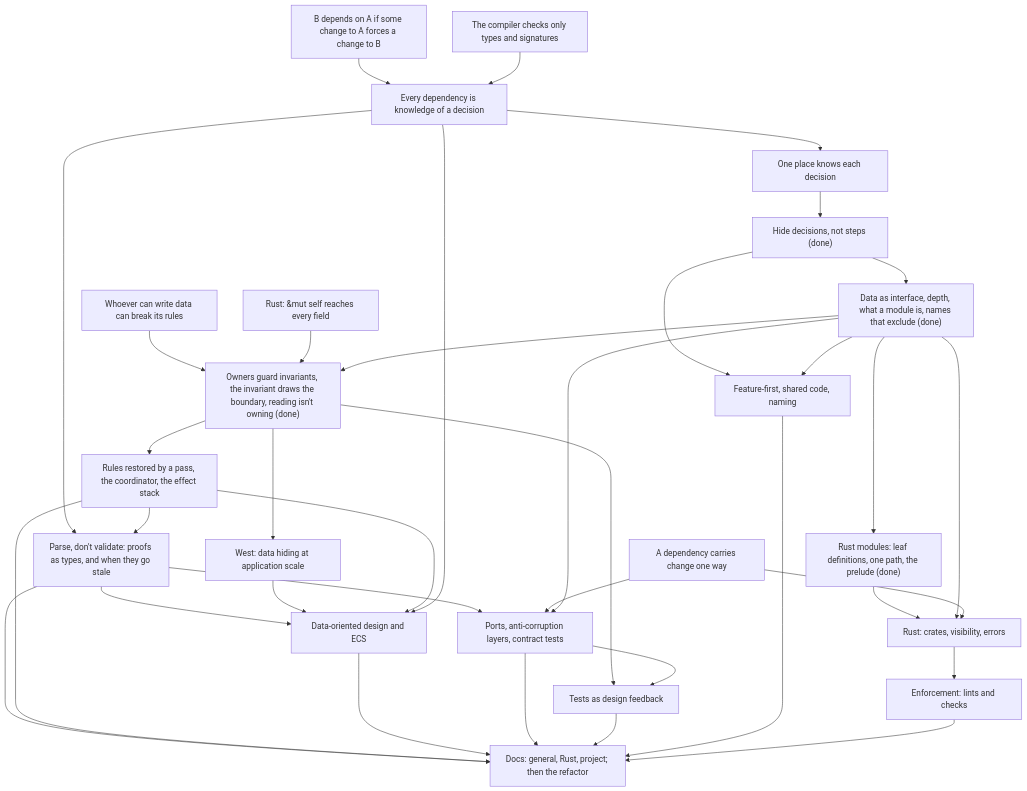
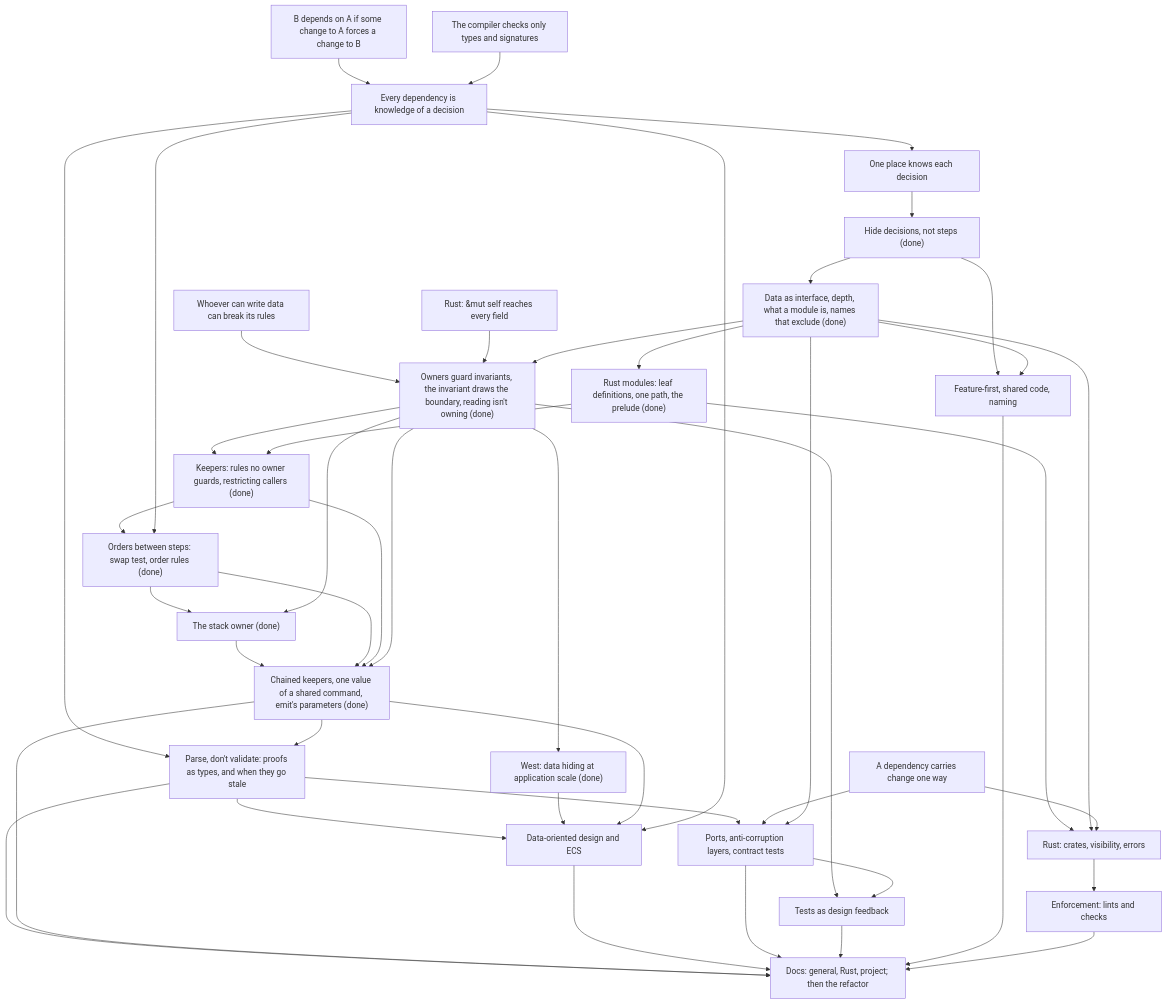
Before and after one commit to EMachad0/CardGameEngine: the diagram in docs/course/architecture/COURSE.md, drawn with Mermaid. The commit also changed other lines of this file and 26 other files, not shown here.

First line of the commit message:
Architecture sessions 02a to 02e: keepers, orders between steps, restricting callers, and the untangle-Game tickets (#37)

````diff
--- a/docs/course/architecture/COURSE.md
+++ b/docs/course/architecture/COURSE.md
@@ -357,61 +561,73 @@
 ```mermaid
 graph TD
   U1["B depends on A if some change to A forces a change to B"]
   U2["The compiler checks only types and signatures"]
   R1["Every dependency is knowledge of a decision"]
   OP["One place knows each decision"]
   R2["Whoever can write data can break its rules"]
   R3["A dependency carries change one way"]
   R4["Rust: &mut self reaches every field"]
 
   H["Hide decisions, not steps (done)"]
   D["Data as interface, depth, what a module is, names that exclude (done)"]
   O["Owners guard invariants, the invariant draws the boundary, reading isn't owning (done)"]
-  W["West: data hiding at application scale"]
-  C["Rules restored by a pass, the coordinator, the effect stack"]
+  W["West: data hiding at application scale (done)"]
+  K["Keepers: rules no owner guards, restricting callers (done)"]
+  ORD["Orders between steps: swap test, order rules (done)"]
+  STK["The stack owner (done)"]
+  C["Chained keepers, one value of a shared command, emit's parameters (done)"]
   PDV["Parse, don't validate: proofs as types, and when they go stale"]
   DOD["Data-oriented design and ECS"]
   P["Ports, anti-corruption layers, contract tests"]
   T["Tests as design feedback"]
   F["Feature-first, shared code, naming"]
   RM["Rust modules: leaf definitions, one path, the prelude (done)"]
   RS["Rust: crates, visibility, errors"]
   E["Enforcement: lints and checks"]
   DOCS["Docs: general, Rust, project; then the refactor"]
 
   U1-->R1
   U2-->R1
   R1-->OP
   OP-->H
   H-->D
   R2-->O
   R4-->O
   D-->O
   O-->W
+  O-->K
+  RM-->K
+  K-->ORD
+  R1-->ORD
+  ORD-->STK
+  O-->STK
+  STK-->C
+  ORD-->C
+  K-->C
   O-->C
   R1-->PDV
   C-->PDV
   PDV-->DOD
   PDV-->P
   PDV-->DOCS
   W-->DOD
   C-->DOD
   R1-->DOD
   R3-->P
   D-->P
   O-->T
   P-->T
   H-->F
   D-->F
   D-->RM
   RM-->RS
   D-->RS
   R3-->RS
   RS-->E
   C-->DOCS
   DOD-->DOCS
   P-->DOCS
   T-->DOCS
   F-->DOCS
   E-->DOCS
 ```
````
